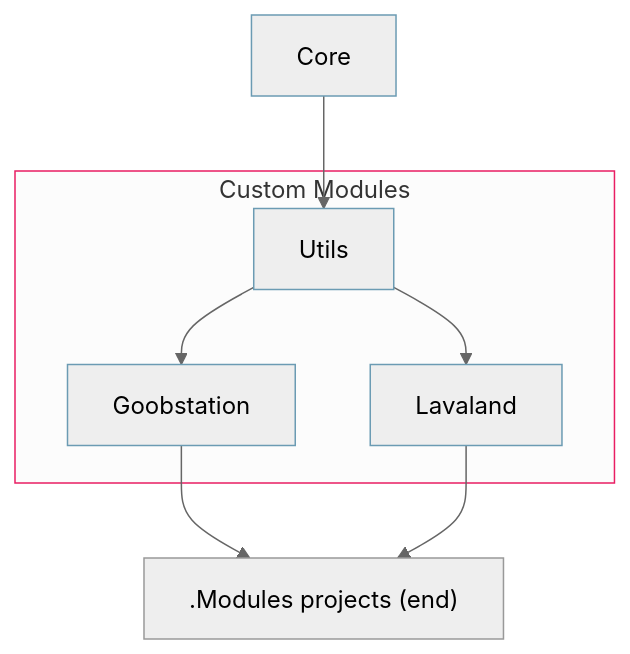
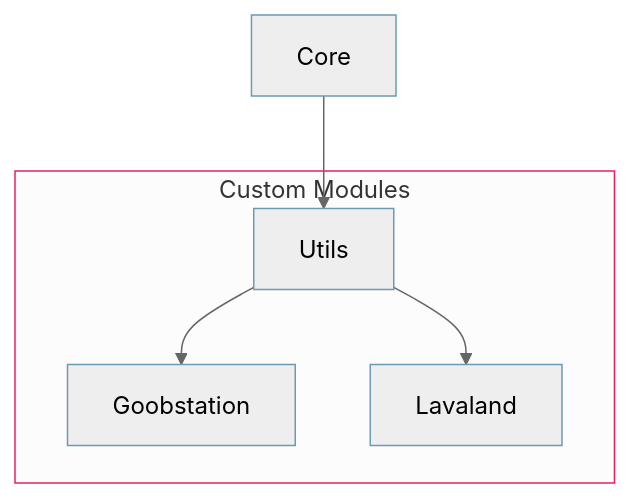
Before and after one commit to Verbalase/docs: the third of 3 diagrams in src/en/general-development/codebase-info/goob-reforged/reforged-modules.md, drawn with Mermaid (neutral theme). The commit also changed other lines of this file and 3 other files, not shown here.

````diff
--- a/src/en/general-development/codebase-info/goob-reforged/reforged-modules.md
+++ b/src/en/general-development/codebase-info/goob-reforged/reforged-modules.md
@@ -167,28 +154,23 @@
 ```mermaid
 flowchart TD
     Core[Core]
     style Core stroke:#6b9bb3
     Goobstation[Goobstation]
     style Goobstation stroke:#6b9bb3
     Lavaland[Lavaland]
     style Lavaland stroke:#6b9bb3
     Utils[Utils]
-    style Utils stroke:#6b9bb3
-    Modules[".Modules projects (end)"]
     style Utils stroke:#6b9bb3
 
     subgraph CustomModules["Custom Modules"]
         Goobstation
         Lavaland
         Utils
     end
     style CustomModules stroke:#e91e63
     
     Core --> Utils
 
     Utils --> Goobstation
     Utils --> Lavaland
-
-    Goobstation --> Modules
-    Lavaland --> Modules
 ```
````
